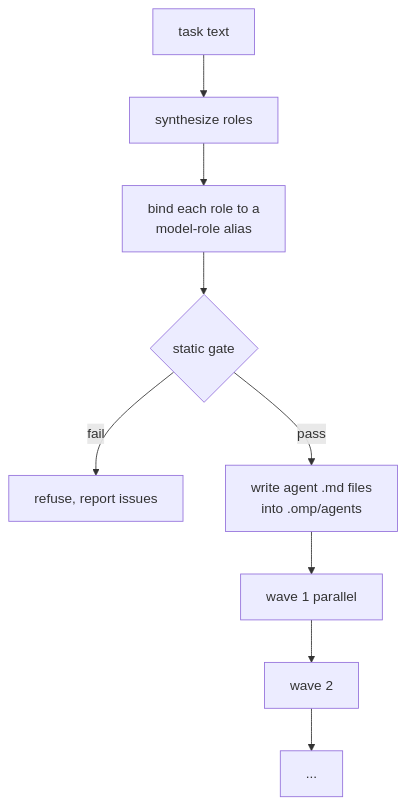
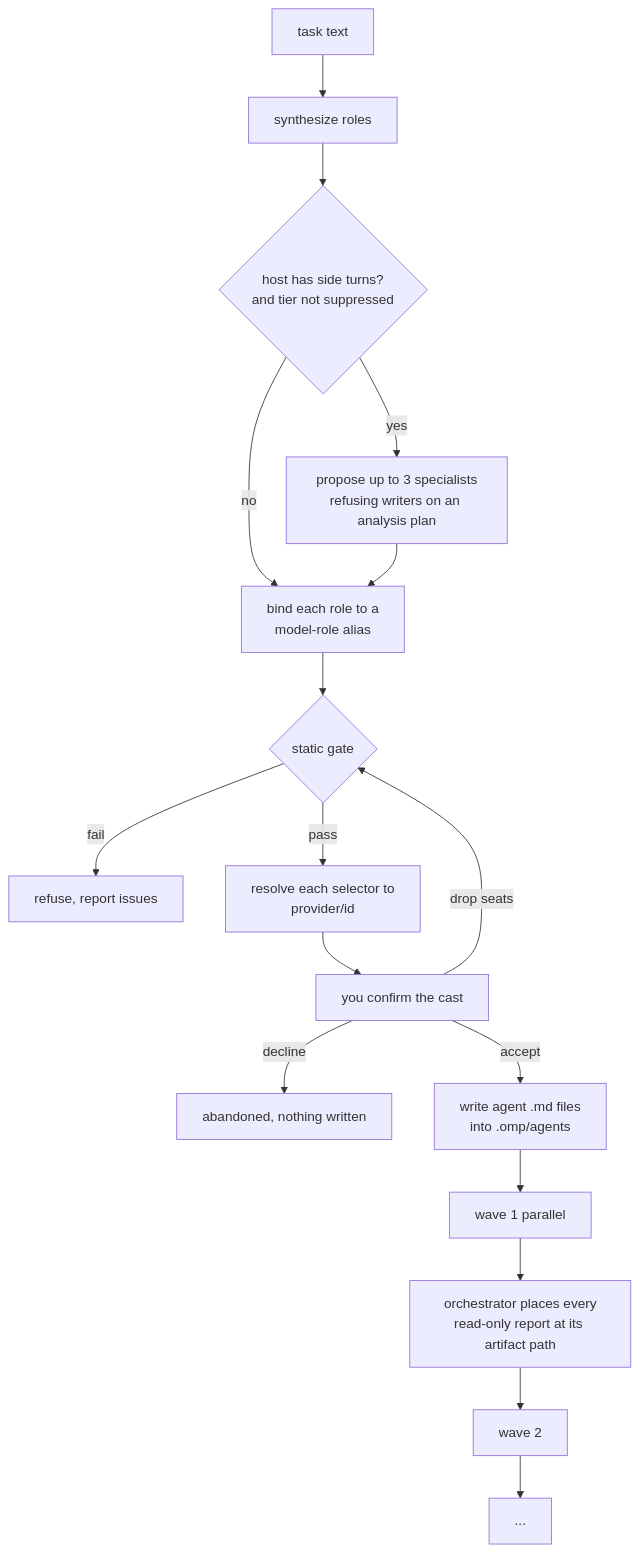
One commit to supa-magic/omp-role-fleet changed the diagram in README.md. Above: the diagram before and after it, drawn with Mermaid. The commit also changed other lines of this file and 21 other files, not shown here.

````diff
--- a/README.md
+++ b/README.md
@@ -166,9 +450,18 @@
 ```mermaid
 flowchart TD
   A[task text] --> B[synthesize roles]
-  B --> C[bind each role to a<br/>model-role alias]
+  B --> T{host has side turns?<br/>and tier not suppressed}
+  T -- yes --> U[propose up to 3 specialists<br/>refusing writers on an analysis plan]
+  T -- no --> C
+  U --> C[bind each role to a<br/>model-role alias]
   C --> D{static gate}
   D -- fail --> X[refuse, report issues]
-  D -- pass --> E[write agent .md files<br/>into .omp/agents]
-  E --> F[wave 1 parallel] --> G[wave 2] --> H[...]
+  D -- pass --> R[resolve each selector to<br/>provider/id]
+  R --> P[you confirm the cast]
+  P -- drop seats --> D
+  P -- decline --> Y[abandoned, nothing written]
+  P -- accept --> E[write agent .md files<br/>into .omp/agents]
+  E --> F[wave 1 parallel]
+  F --> M[orchestrator places every<br/>read-only report at its artifact path]
+  M --> G[wave 2] --> H[...]
 ```
````
